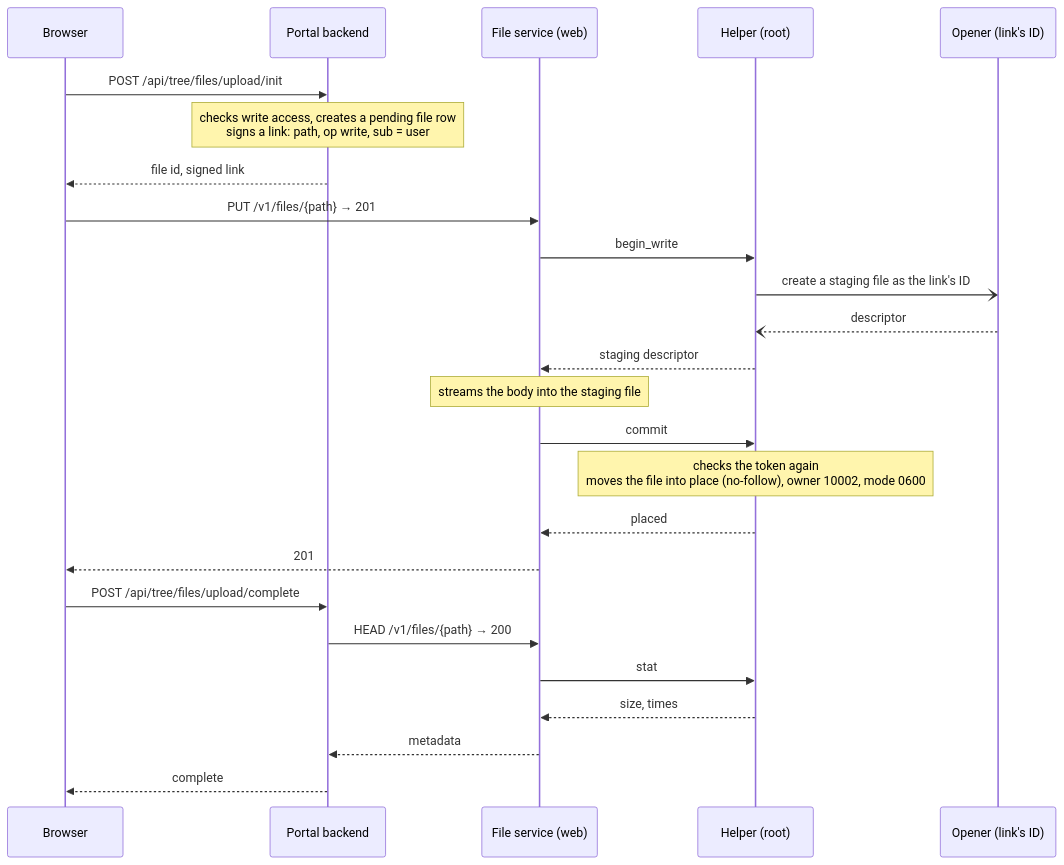
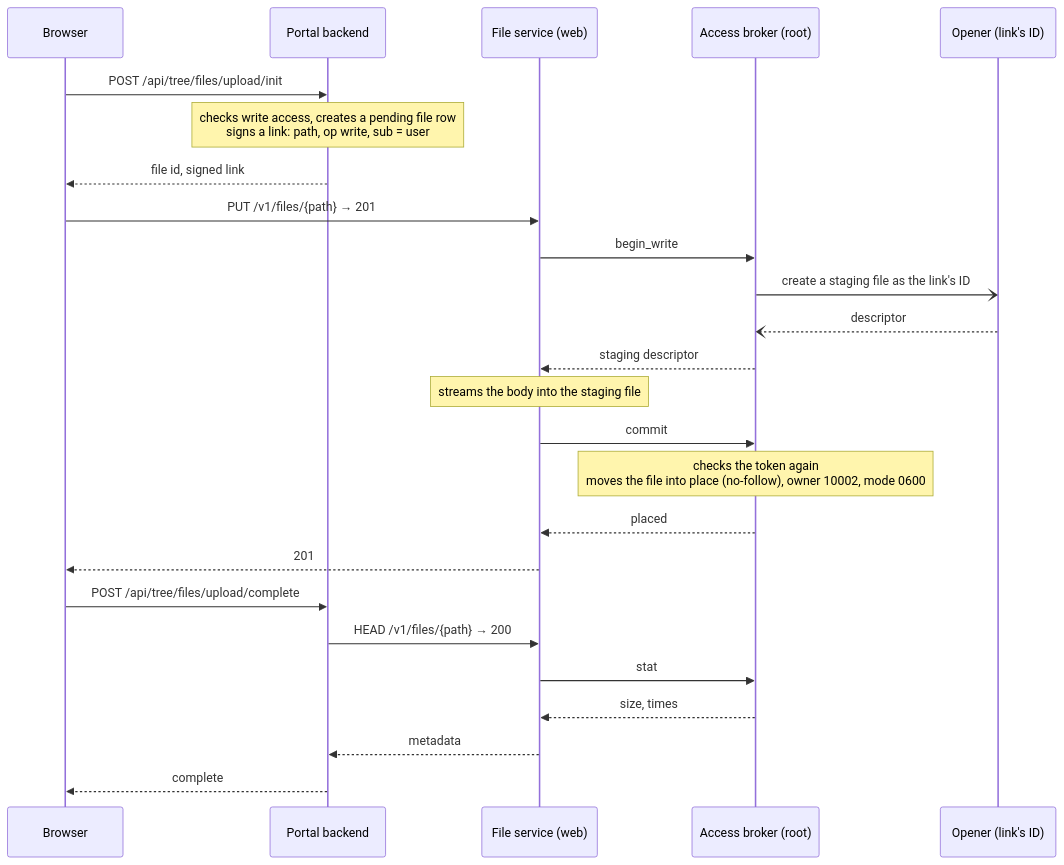
Before and after one commit to pmahon3/Data-Portal: the third of 5 diagrams in docs/diagrams/posix-sequences.md, drawn with Mermaid. The commit also changed other lines of this file and 30 other files, not shown here.

First line of the commit message:
refactor(posix): name the modes for who reads the files; the helper is the access broker

````diff
--- a/docs/diagrams/posix-sequences.md
+++ b/docs/diagrams/posix-sequences.md
@@ -66,31 +66,31 @@
 ```mermaid
 %% check: upload
 sequenceDiagram
     participant Browser
     participant Backend as Portal backend
     participant FileService as File service (web)
-    participant Helper as Helper (root)
+    participant Broker as Access broker (root)
     participant Opener as Opener (link's ID)
 
     Browser->>Backend: POST /api/tree/files/upload/init
     Note over Backend: checks write access, creates a pending file row<br/>signs a link: path, op write, sub = user
     Backend-->>Browser: file id, signed link
 
     Browser->>FileService: PUT /v1/files/{path} → 201
-    FileService->>Helper: begin_write
-    Helper-)Opener: create a staging file as the link's ID
-    Opener--)Helper: descriptor
-    Helper-->>FileService: staging descriptor
+    FileService->>Broker: begin_write
+    Broker-)Opener: create a staging file as the link's ID
+    Opener--)Broker: descriptor
+    Broker-->>FileService: staging descriptor
     Note over FileService: streams the body into the staging file
-    FileService->>Helper: commit
-    Note over Helper: checks the token again<br/>moves the file into place (no-follow), owner 10002, mode 0600
-    Helper-->>FileService: placed
+    FileService->>Broker: commit
+    Note over Broker: checks the token again<br/>moves the file into place (no-follow), owner 10002, mode 0600
+    Broker-->>FileService: placed
     FileService-->>Browser: 201
 
     Browser->>Backend: POST /api/tree/files/upload/complete
     Backend->>FileService: HEAD /v1/files/{path} → 200
-    FileService->>Helper: stat
-    Helper-->>FileService: size, times
+    FileService->>Broker: stat
+    Broker-->>FileService: size, times
     FileService-->>Backend: metadata
     Backend-->>Browser: complete
 ```
````
